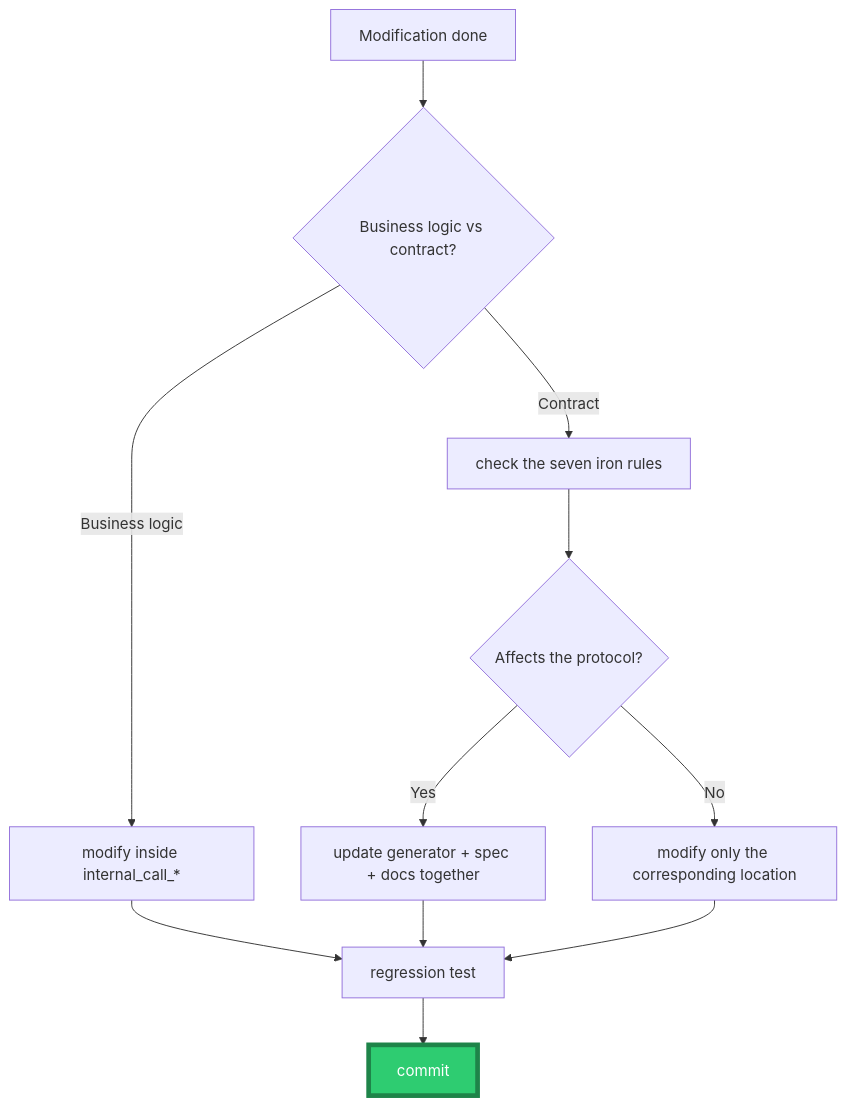
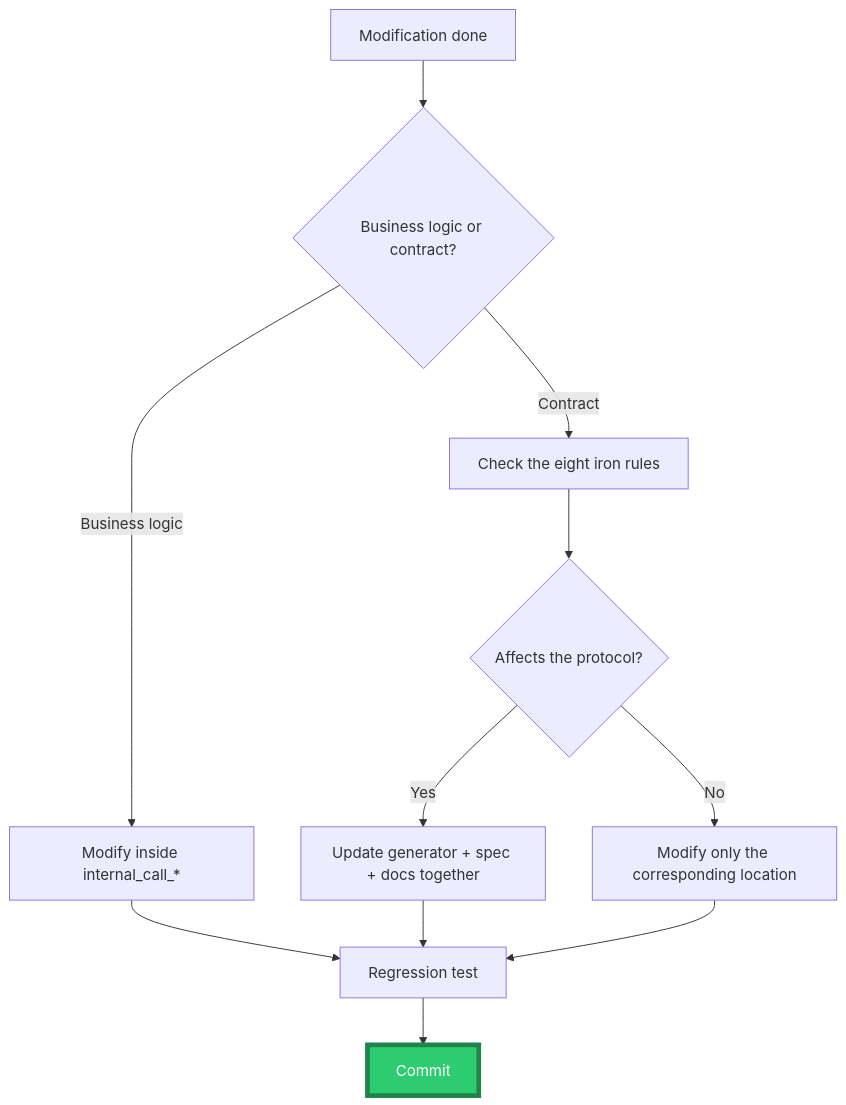
Before and after one commit to PassByYou888/LingoFuse-Tools: diagram 13 of 13 in src/pascal_c_to_mcp/MCP_API_Contract.md, drawn with Mermaid. The commit also changed other lines of this file and 35 other files, not shown here.

````diff
--- a/src/pascal_c_to_mcp/MCP_API_Contract.md
+++ b/src/pascal_c_to_mcp/MCP_API_Contract.md
@@ -1955,15 +2358,15 @@
 ```mermaid
 flowchart TD
-    A["Modification done"] --> B{"Business logic vs contract?"}
-    B -- "Business logic" --> C["modify inside internal_call_*"]
-    B -- "Contract" --> D["check the seven iron rules"]
+    A["Modification done"] --> B{"Business logic or contract?"}
+    B -- "Business logic" --> C["Modify inside internal_call_*"]
+    B -- "Contract" --> D["Check the eight iron rules"]
     D --> E{"Affects the protocol?"}
-    E -- "Yes" --> F["update generator + spec + docs together"]
-    E -- "No" --> G["modify only the corresponding location"]
-    C --> H["regression test"]
+    E -- "Yes" --> F["Update generator + spec + docs together"]
+    E -- "No" --> G["Modify only the corresponding location"]
+    C --> H["Regression test"]
     F --> H
     G --> H
-    H --> I["commit"]
+    H --> I["Commit"]
 
     style I fill:#2ECC71,stroke:#1E8449,stroke-width:5px,color:#FFFFFF
 ```
````
